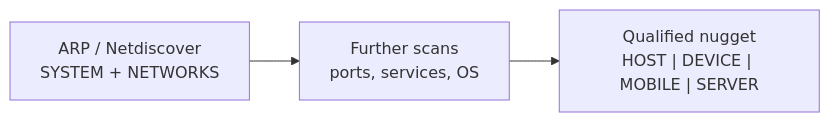
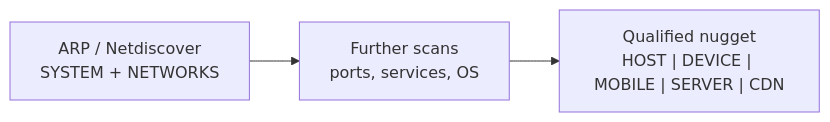
Before and after one commit to brettforbes/spiderfeet: the second of 12 diagrams in .docs/docs-for-cli-tools/_Current_Ontology.md, drawn with Mermaid. The commit also changed other lines of this file, not shown here.

First line of the commit message:
Add CDN as a SYSTEM subclass in CLI profiling ontology.

````diff
--- a/.docs/docs-for-cli-tools/_Current_Ontology.md
+++ b/.docs/docs-for-cli-tools/_Current_Ontology.md
@@ -64,7 +70,7 @@
 ```mermaid
 flowchart LR
   arp["ARP / Netdiscover\nSYSTEM + NETWORKS"]
   enrich["Further scans\nports, services, OS"]
-  qualified["Qualified nugget\nHOST | DEVICE | MOBILE | SERVER"]
+  qualified["Qualified nugget\nHOST | DEVICE | MOBILE | SERVER | CDN"]
   arp --> enrich --> qualified
 ```
````
